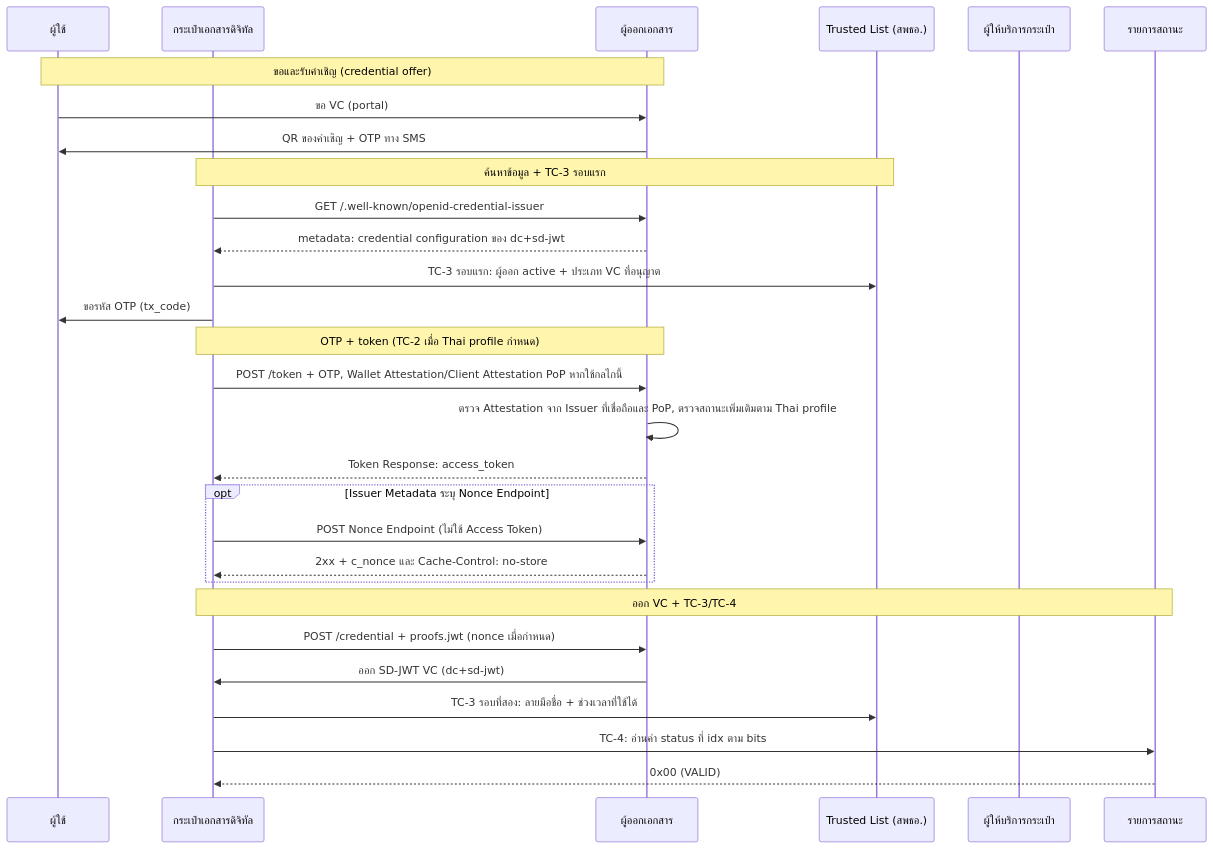
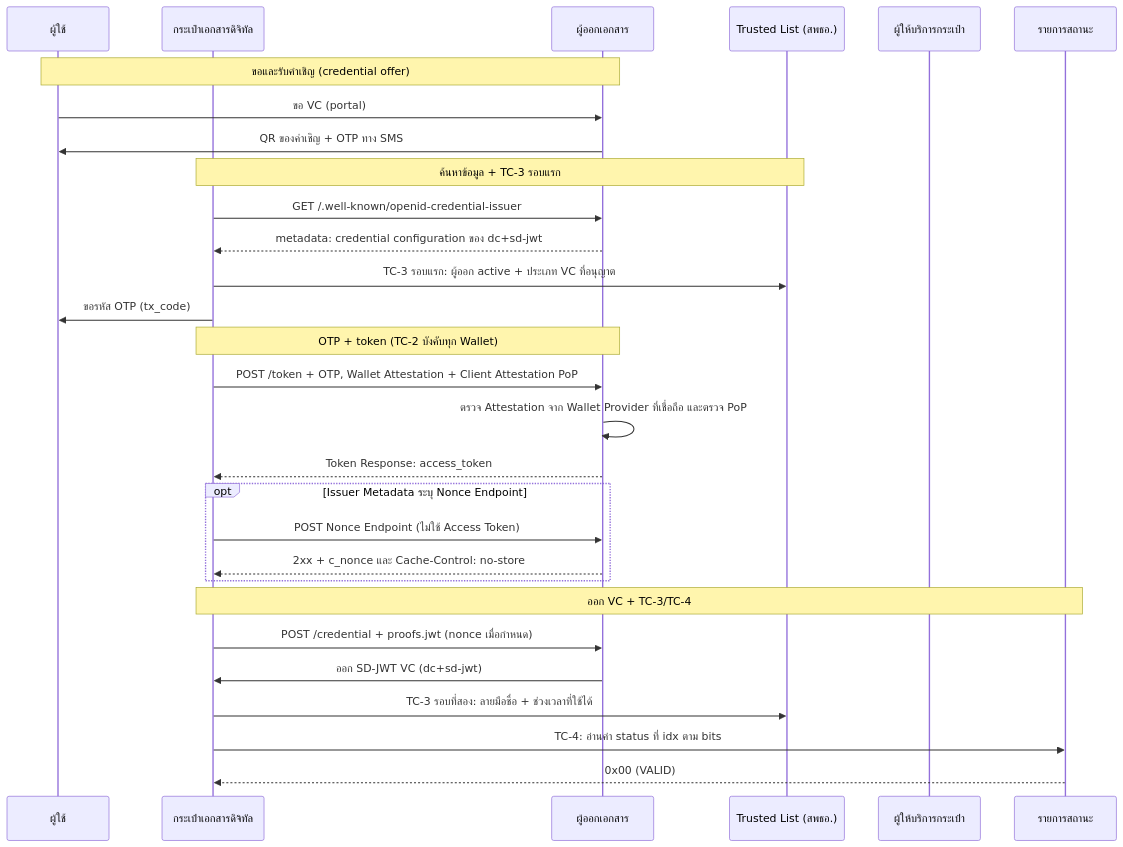
The first of 2 diagrams in docs/thai-vc-arf/00-minimal-interoperability-reference.md (ETDA/vcdoc), drawn with Mermaid before and after one commit. The commit also changed other lines of this file and 22 other files, not shown here.

````diff
--- a/docs/thai-vc-arf/00-minimal-interoperability-reference.md
+++ b/docs/thai-vc-arf/00-minimal-interoperability-reference.md
@@ -65,35 +65,35 @@
 ```mermaid
 sequenceDiagram
     participant U as ผู้ใช้
     participant W as กระเป๋าเอกสารดิจิทัล
     participant I as ผู้ออกเอกสาร
     participant TL as Trusted List (สพธอ.)
     participant WP as ผู้ให้บริการกระเป๋า
     participant SL as รายการสถานะ
 
     Note over U,I: ขอและรับคำเชิญ (credential offer)
     U->>I: ขอ VC (portal)
     I->>U: QR ของคำเชิญ + OTP ทาง SMS
 
     Note over W,TL: ค้นหาข้อมูล + TC-3 รอบแรก
     W->>I: GET /.well-known/openid-credential-issuer
     I-->>W: metadata: credential configuration ของ dc+sd-jwt
     W->>TL: TC-3 รอบแรก: ผู้ออก active + ประเภท VC ที่อนุญาต
     W->>U: ขอรหัส OTP (tx_code)
 
-    Note over W,I: OTP + token (TC-2 เมื่อ Thai profile กำหนด)
-    W->>I: POST /token + OTP, Wallet Attestation/Client Attestation PoP หากใช้กลไกนี้
-    I->>I: ตรวจ Attestation จาก Issuer ที่เชื่อถือและ PoP, ตรวจสถานะเพิ่มเติมตาม Thai profile
+    Note over W,I: OTP + token (TC-2 บังคับทุก Wallet)
+    W->>I: POST /token + OTP, Wallet Attestation + Client Attestation PoP
+    I->>I: ตรวจ Attestation จาก Wallet Provider ที่เชื่อถือ และตรวจ PoP
     I-->>W: Token Response: access_token
     opt Issuer Metadata ระบุ Nonce Endpoint
         W->>I: POST Nonce Endpoint (ไม่ใช้ Access Token)
         I-->>W: 2xx + c_nonce และ Cache-Control: no-store
     end
 
     Note over W,SL: ออก VC + TC-3/TC-4
     W->>I: POST /credential + proofs.jwt (nonce เมื่อกำหนด)
     I->>W: ออก SD-JWT VC (dc+sd-jwt)
     W->>TL: TC-3 รอบที่สอง: ลายมือชื่อ + ช่วงเวลาที่ใช้ได้
     W->>SL: TC-4: อ่านค่า status ที่ idx ตาม bits
     SL-->>W: 0x00 (VALID)
 ```
````
